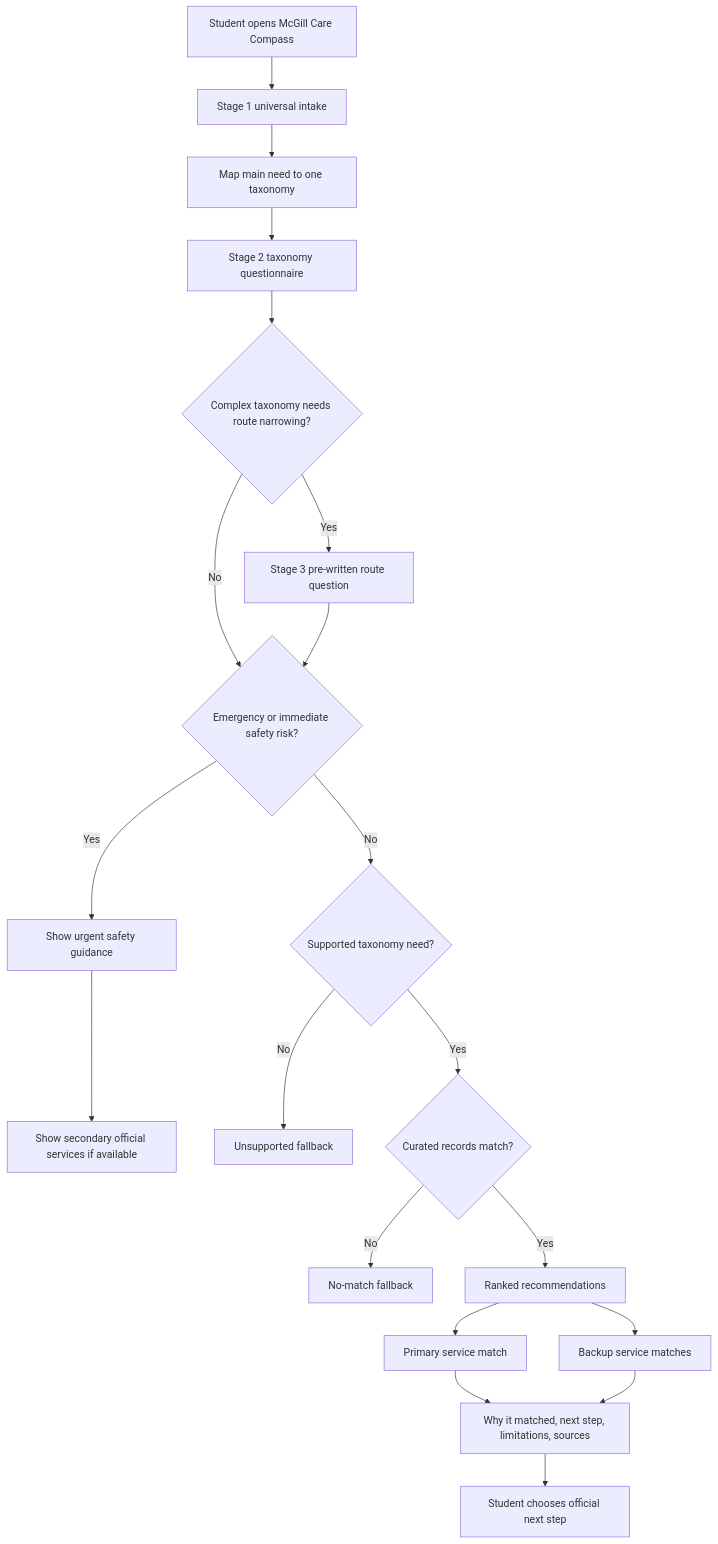
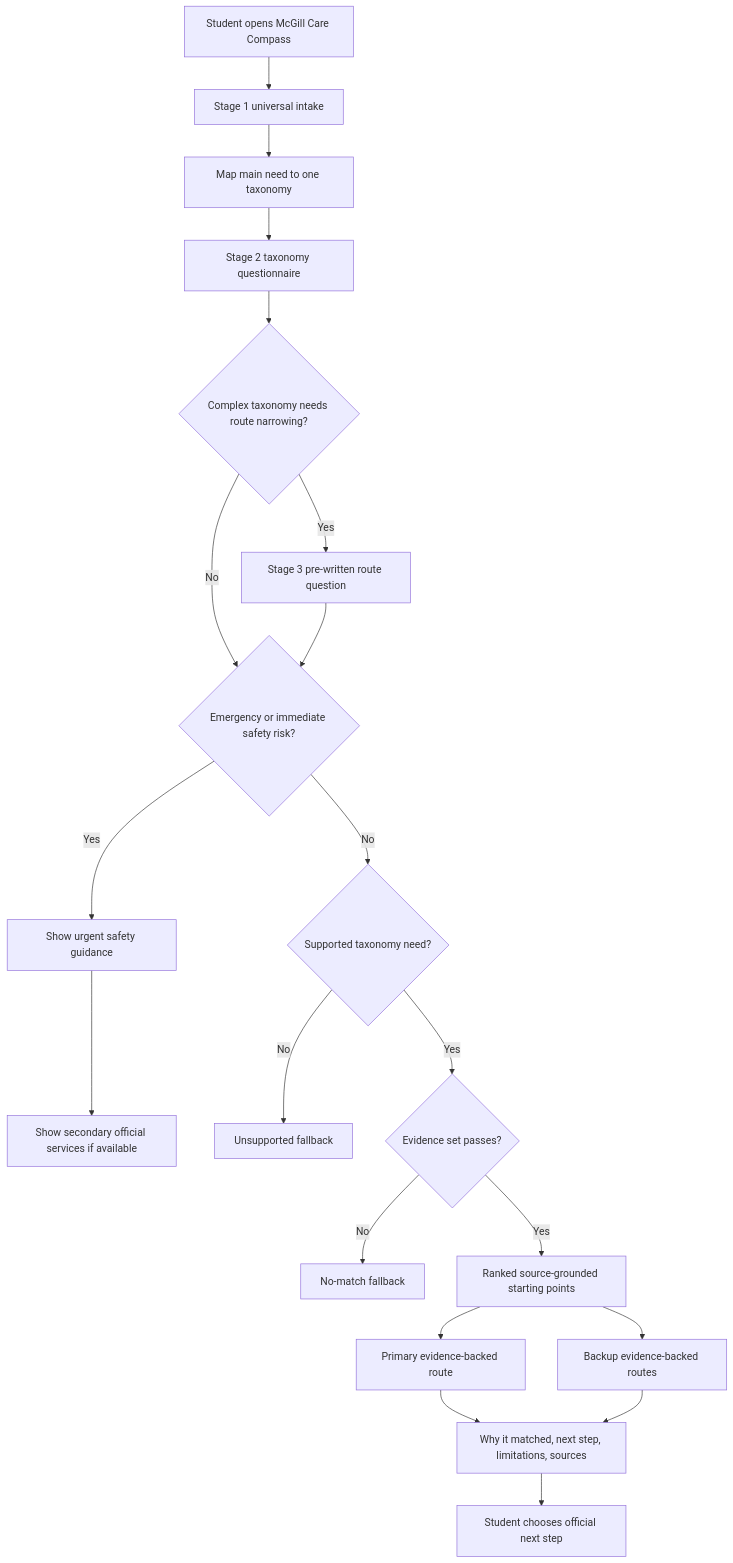
The first of 4 diagrams in docs/project/User-Journey-and-Prototype-Response-Format.md (AbdelazizAhmed314/McGill-Care-Compass), drawn with Mermaid before and after one commit. The commit also changed other lines of this file, not shown here.

````diff
--- a/docs/project/User-Journey-and-Prototype-Response-Format.md
+++ b/docs/project/User-Journey-and-Prototype-Response-Format.md
@@ -197,22 +185,22 @@
 ```mermaid
 flowchart TD
     A[Student opens McGill Care Compass] --> B[Stage 1 universal intake]
     B --> B2[Map main need to one taxonomy]
     B2 --> B3[Stage 2 taxonomy questionnaire]
     B3 --> B4{Complex taxonomy needs route narrowing?}
     B4 -->|Yes| B5[Stage 3 pre-written route question]
     B4 -->|No| C{Emergency or immediate safety risk?}
     B5 --> C
     C -->|Yes| D[Show urgent safety guidance]
     D --> E[Show secondary official services if available]
     C -->|No| F{Supported taxonomy need?}
     F -->|No| G[Unsupported fallback]
-    F -->|Yes| H{Curated records match?}
+    F -->|Yes| H{Evidence set passes?}
     H -->|No| I[No-match fallback]
-    H -->|Yes| J[Ranked recommendations]
-    J --> K[Primary service match]
-    J --> L[Backup service matches]
+    H -->|Yes| J[Ranked source-grounded starting points]
+    J --> K[Primary evidence-backed route]
+    J --> L[Backup evidence-backed routes]
     K --> M[Why it matched, next step, limitations, sources]
     L --> M
     M --> N[Student chooses official next step]
 ```
````
